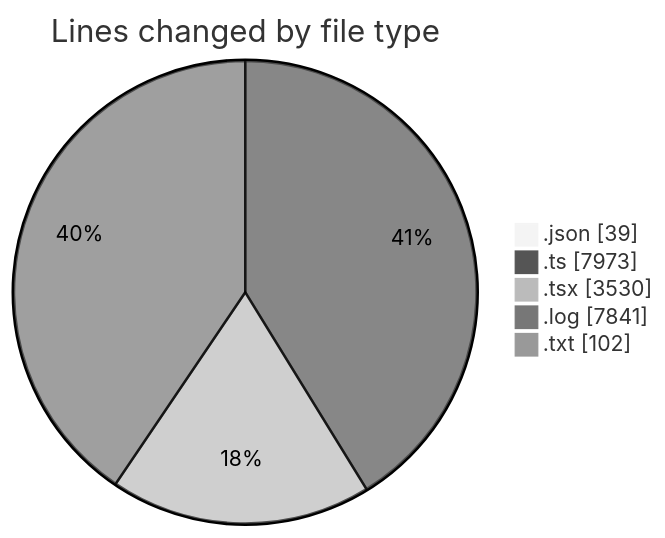
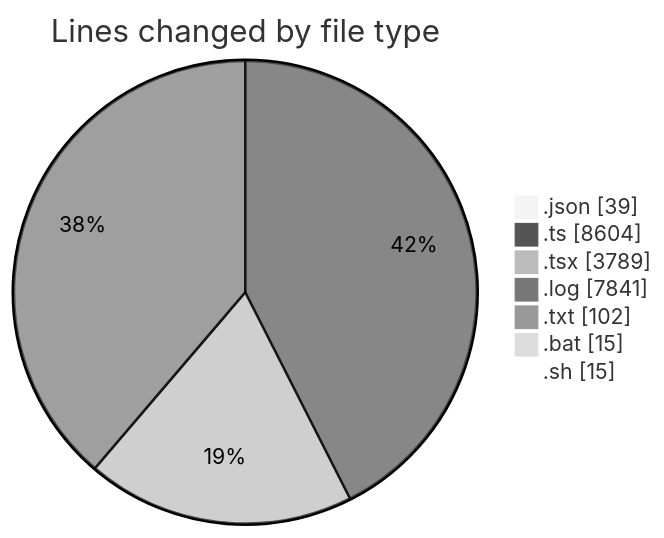
The first of 2 diagrams in 2025-09-13/napxuvn/README.md (lephambinh05/code-tracking), drawn with Mermaid (neutral theme) before and after one commit. The commit also changed other lines of this file and 1 other file, not shown here.

````diff
--- a/2025-09-13/napxuvn/README.md
+++ b/2025-09-13/napxuvn/README.md
@@ -80,9 +85,11 @@
 ```mermaid
 pie showData
 title Lines changed by file type
 ".json" : 39
-".ts" : 7973
-".tsx" : 3530
+".ts" : 8604
+".tsx" : 3789
 ".log" : 7841
 ".txt" : 102
+".bat" : 15
+".sh" : 15
 ```
````
